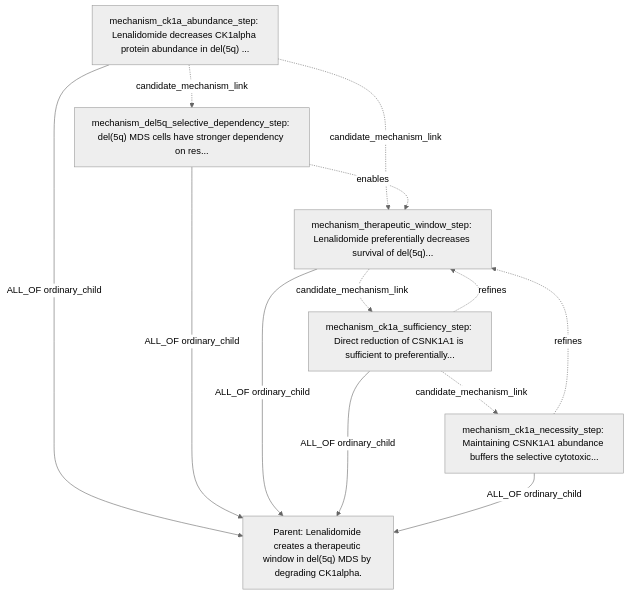
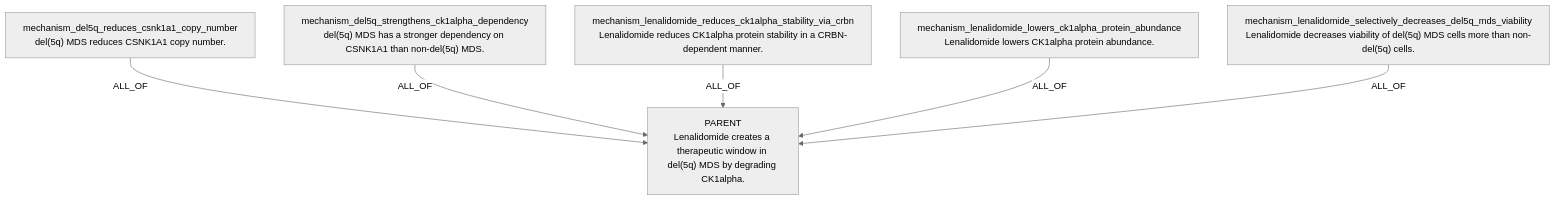
The fifth of 12 diagrams in LLM_STEP0_CANDIDATE_CLAIM_DAG_EXAMPLES_20260602.md (eliannaqk/bioKG), drawn with Mermaid (neutral theme) before and after one commit. The commit also changed other lines of this file and 17 other files, not shown here.

````diff
--- a/LLM_STEP0_CANDIDATE_CLAIM_DAG_EXAMPLES_20260602.md
+++ b/LLM_STEP0_CANDIDATE_CLAIM_DAG_EXAMPLES_20260602.md
@@ -469,22 +387,14 @@
 ```mermaid
 flowchart TD
-  P["Parent: Lenalidomide creates a therapeutic window in del(5q) MDS by degrading CK1alpha."]
-  N1["mechanism_ck1a_abundance_step: Lenalidomide decreases CK1alpha protein abundance in del(5q) ..."]
-  N2["mechanism_del5q_selective_dependency_step: del(5q) MDS cells have stronger dependency on res..."]
-  N3["mechanism_therapeutic_window_step: Lenalidomide preferentially decreases survival of del(5q)..."]
-  N4["mechanism_ck1a_sufficiency_step: Direct reduction of CSNK1A1 is sufficient to preferentially..."]
-  N5["mechanism_ck1a_necessity_step: Maintaining CSNK1A1 abundance buffers the selective cytotoxic..."]
-
-  N1 -->|ALL_OF ordinary_child| P
-  N2 -->|ALL_OF ordinary_child| P
-  N3 -->|ALL_OF ordinary_child| P
-  N4 -->|ALL_OF ordinary_child| P
-  N5 -->|ALL_OF ordinary_child| P
-  N1 -.->|candidate_mechanism_link| N3
-  N2 -.->|enables| N3
-  N4 -.->|refines| N3
-  N5 -.->|refines| N3
-  N1 -.->|candidate_mechanism_link| N2
-  N3 -.->|candidate_mechanism_link| N4
-  N4 -.->|candidate_mechanism_link| N5
+  P["PARENT<br/>Lenalidomide creates a therapeutic window in del(5q) MDS by degrading CK1alpha."]
+  N1["mechanism_del5q_reduces_csnk1a1_copy_number<br/>del(5q) MDS reduces CSNK1A1 copy number."]
+  N2["mechanism_del5q_strengthens_ck1alpha_dependency<br/>del(5q) MDS has a stronger dependency on CSNK1A1 than non-del(5q) MDS."]
+  N3["mechanism_lenalidomide_reduces_ck1alpha_stability_via_crbn<br/>Lenalidomide reduces CK1alpha protein stability in a CRBN-dependent manner."]
+  N4["mechanism_lenalidomide_lowers_ck1alpha_protein_abundance<br/>Lenalidomide lowers CK1alpha protein abundance."]
+  N5["mechanism_lenalidomide_selectively_decreases_del5q_mds_viability<br/>Lenalidomide decreases viability of del(5q) MDS cells more than non-del(5q) cells."]
+  N1 -- "ALL_OF" --> P
+  N2 -- "ALL_OF" --> P
+  N3 -- "ALL_OF" --> P
+  N4 -- "ALL_OF" --> P
+  N5 -- "ALL_OF" --> P
 ```
````
